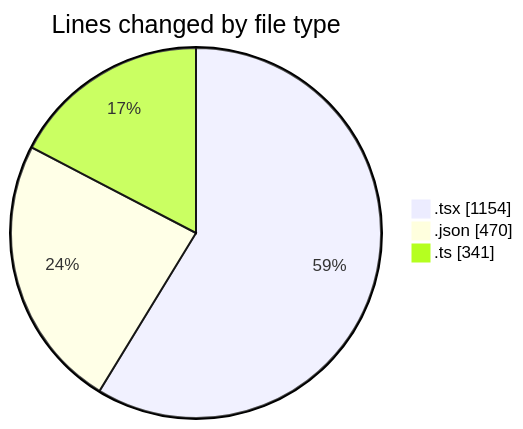
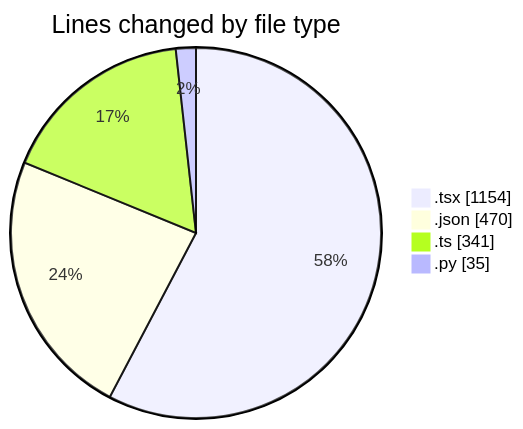
The first of 2 diagrams in 2025-04-30/niten/README.md (Elitesun/code-tracking), drawn with Mermaid before and after one commit. The commit also changed other lines of this file and 1 other file, not shown here.

````diff
--- a/2025-04-30/niten/README.md
+++ b/2025-04-30/niten/README.md
@@ -47,7 +48,8 @@
 ```mermaid
 pie showData
 title Lines changed by file type
 ".tsx" : 1154
 ".json" : 470
 ".ts" : 341
+".py" : 35
 ```
````
